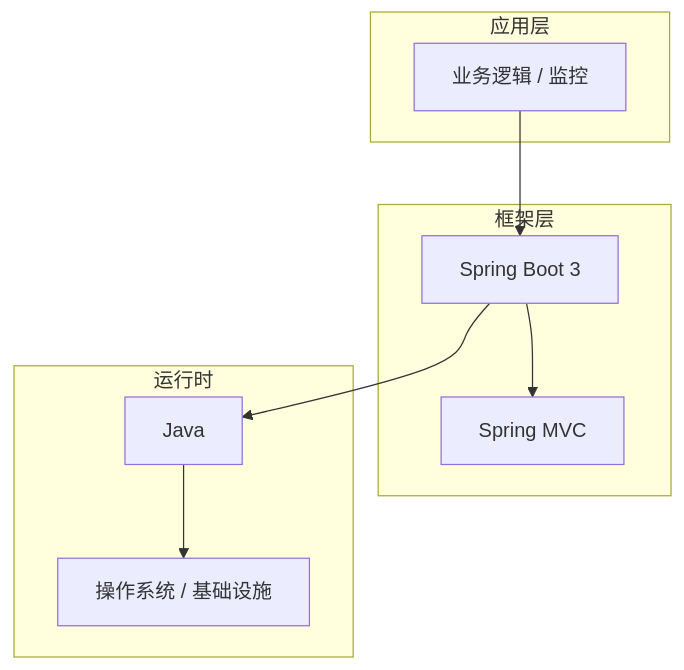
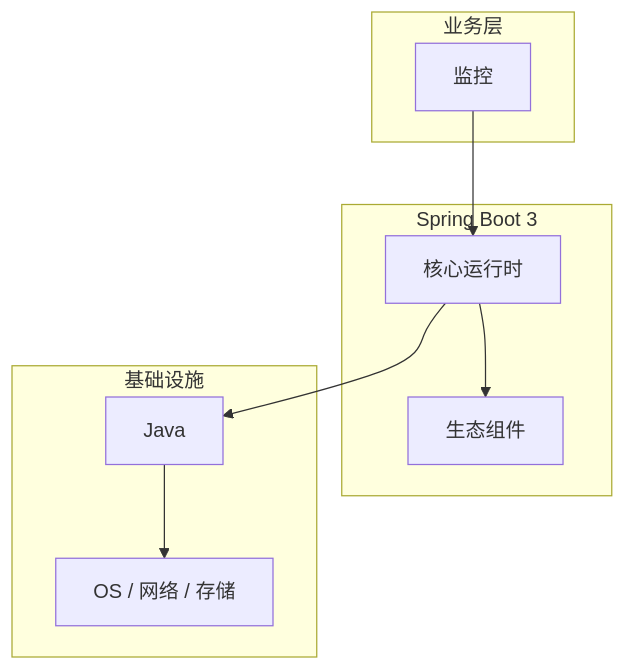
Before and after one commit to yanggan2015/knowledge-json-v2: the diagram in articles/Spring Boot/chapters/065-监控核心概念与原理.md, drawn with Mermaid. The commit also changed other lines of this file and 10127 other files, not shown here.

````diff
--- a/articles/Spring Boot/chapters/065-监控核心概念与原理.md
+++ b/articles/Spring Boot/chapters/065-监控核心概念与原理.md
@@ -45,18 +34,18 @@
 ```mermaid
 graph TB
-    subgraph 应用层
-        A[业务逻辑 / 监控]
+    subgraph 业务层
+        A[监控]
     end
-    subgraph 框架层
-        B[Spring Boot 3]
-        C[Spring MVC]
+    subgraph Spring Boot 3
+        B[核心运行时]
+        C[生态组件]
     end
-    subgraph 运行时
+    subgraph 基础设施
         D[Java]
-        E[操作系统 / 基础设施]
+        E[OS / 网络 / 存储]
     end
     A --> B
     B --> C
     B --> D
     D --> E
 ```
````
